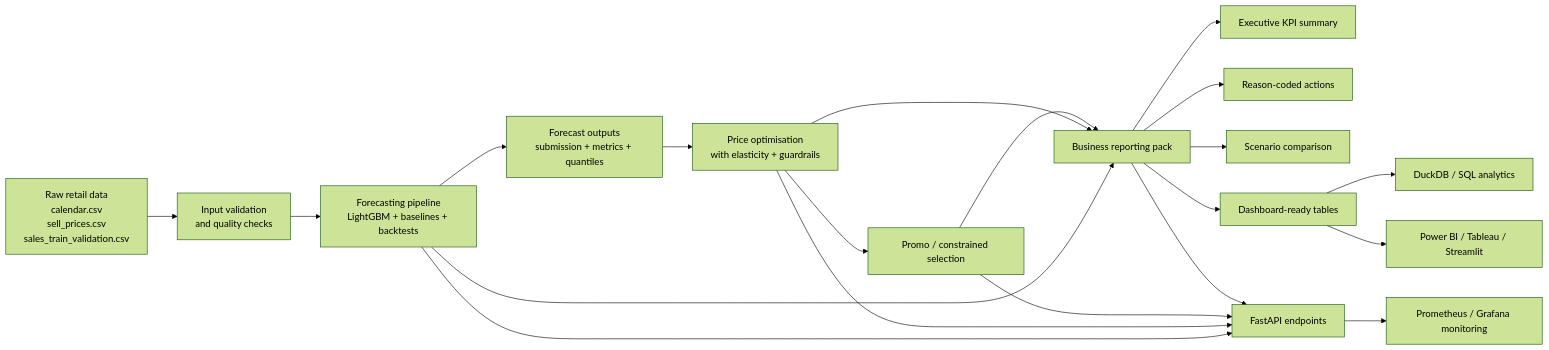
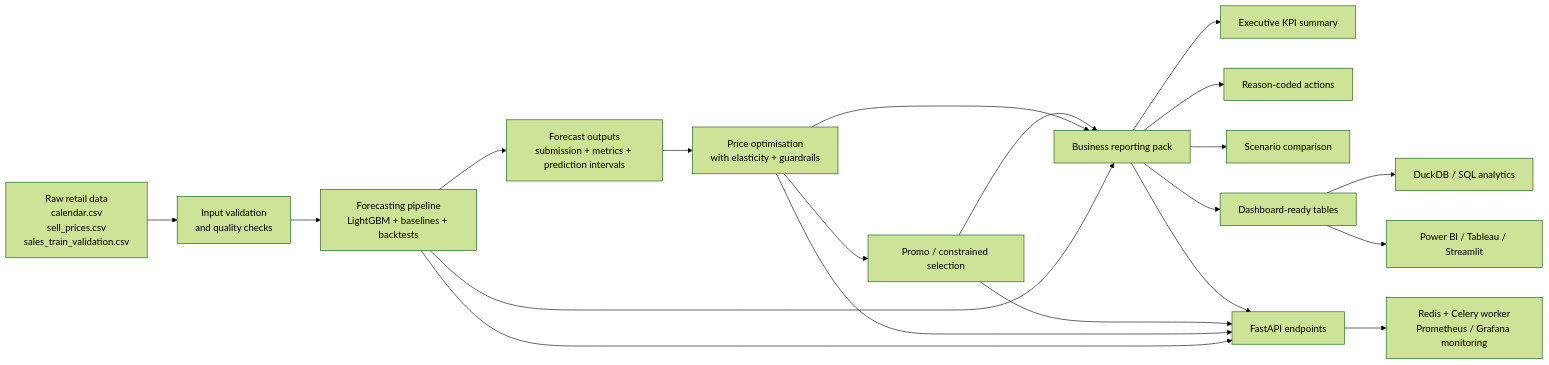
Before and after one commit to Sarjil-Rahman/Decision-Intelligence-System: the diagram in README.md, drawn with Mermaid (forest theme). The commit also changed other lines of this file and 36 other files, not shown here.

````diff
--- a/README.md
+++ b/README.md
@@ -145,22 +160,22 @@
 ```mermaid
 flowchart LR
     A["Raw retail data<br/>calendar.csv<br/>sell_prices.csv<br/>sales_train_validation.csv"] --> B["Input validation<br/>and quality checks"]
     B --> C["Forecasting pipeline<br/>LightGBM + baselines + backtests"]
-    C --> D["Forecast outputs<br/>submission + metrics + quantiles"]
+    C --> D["Forecast outputs<br/>submission + metrics + prediction intervals"]
     D --> E["Price optimisation<br/>with elasticity + guardrails"]
     E --> F["Promo / constrained selection"]
     C --> G["Business reporting pack"]
     E --> G
     F --> G
     G --> H["Executive KPI summary"]
     G --> I["Reason-coded actions"]
     G --> J["Scenario comparison"]
     G --> K["Dashboard-ready tables"]
     K --> L["DuckDB / SQL analytics"]
     K --> M["Power BI / Tableau / Streamlit"]
     C --> N["FastAPI endpoints"]
     E --> N
     F --> N
     G --> N
-    N --> O["Prometheus / Grafana monitoring"]
+    N --> O["Redis + Celery worker<br/>Prometheus / Grafana monitoring"]
 ```
````
